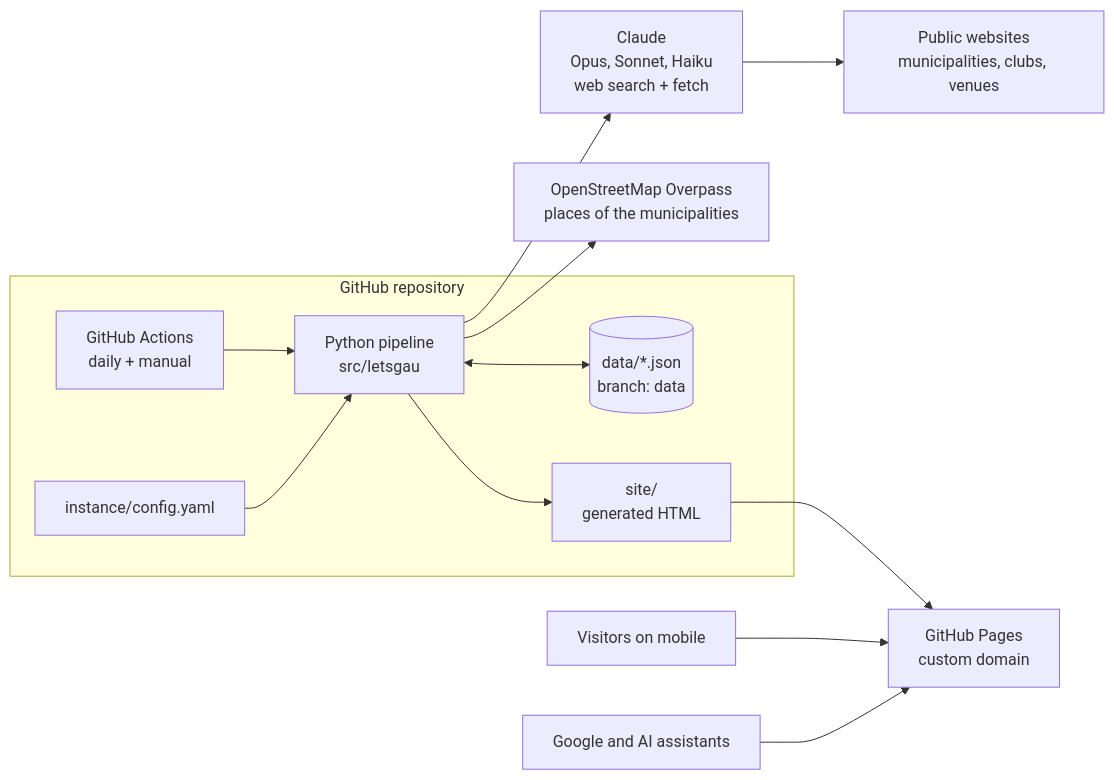
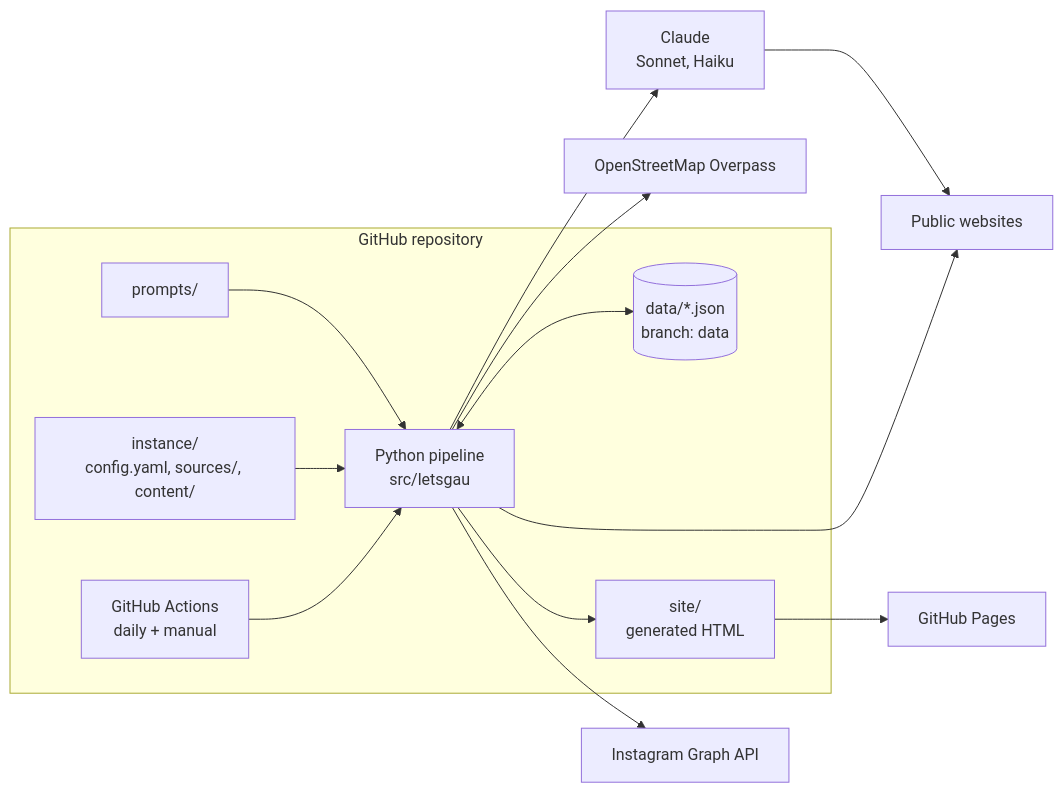
The second of 4 diagrams in docs/ARCHITECTURE.md (mat-los/letsgau), drawn with Mermaid before and after one commit. The commit also changed other lines of this file and 7 other files, not shown here.

First line of the commit message:
docs: bring architecture, prompt list and operations up to date

````diff
--- a/docs/ARCHITECTURE.md
+++ b/docs/ARCHITECTURE.md
@@ -30,26 +39,27 @@
 ```mermaid
 flowchart LR
   subgraph REPO["GitHub repository"]
-    CFG["instance/config.yaml"]
+    CFG["instance/<br/>config.yaml, sources/, content/"]
     WF["GitHub Actions<br/>daily + manual"]
     PY["Python pipeline<br/>src/letsgau"]
+    PR["prompts/"]
     DATA[("data/*.json<br/>branch: data")]
     SITE["site/<br/>generated HTML"]
   end
-  OSM["OpenStreetMap Overpass<br/>places of the municipalities"]
-  CL["Claude<br/>Opus, Sonnet, Haiku<br/>web search + fetch"]
-  WEB["Public websites<br/>municipalities, clubs, venues"]
-  PAGES["GitHub Pages<br/>custom domain"]
-  U["Visitors on mobile"]
-  AI["Google and AI assistants"]
+  OSM["OpenStreetMap Overpass"]
+  CL["Claude<br/>Sonnet, Haiku"]
+  WEB["Public websites"]
+  IG["Instagram Graph API"]
+  PAGES["GitHub Pages"]
   WF --> PY
   CFG --> PY
+  PR --> PY
   PY <--> DATA
   PY --> OSM
+  PY --> WEB
+  PY --> IG
   PY --> CL
   CL --> WEB
   PY --> SITE
   SITE --> PAGES
-  U --> PAGES
-  AI --> PAGES
 ```
````
